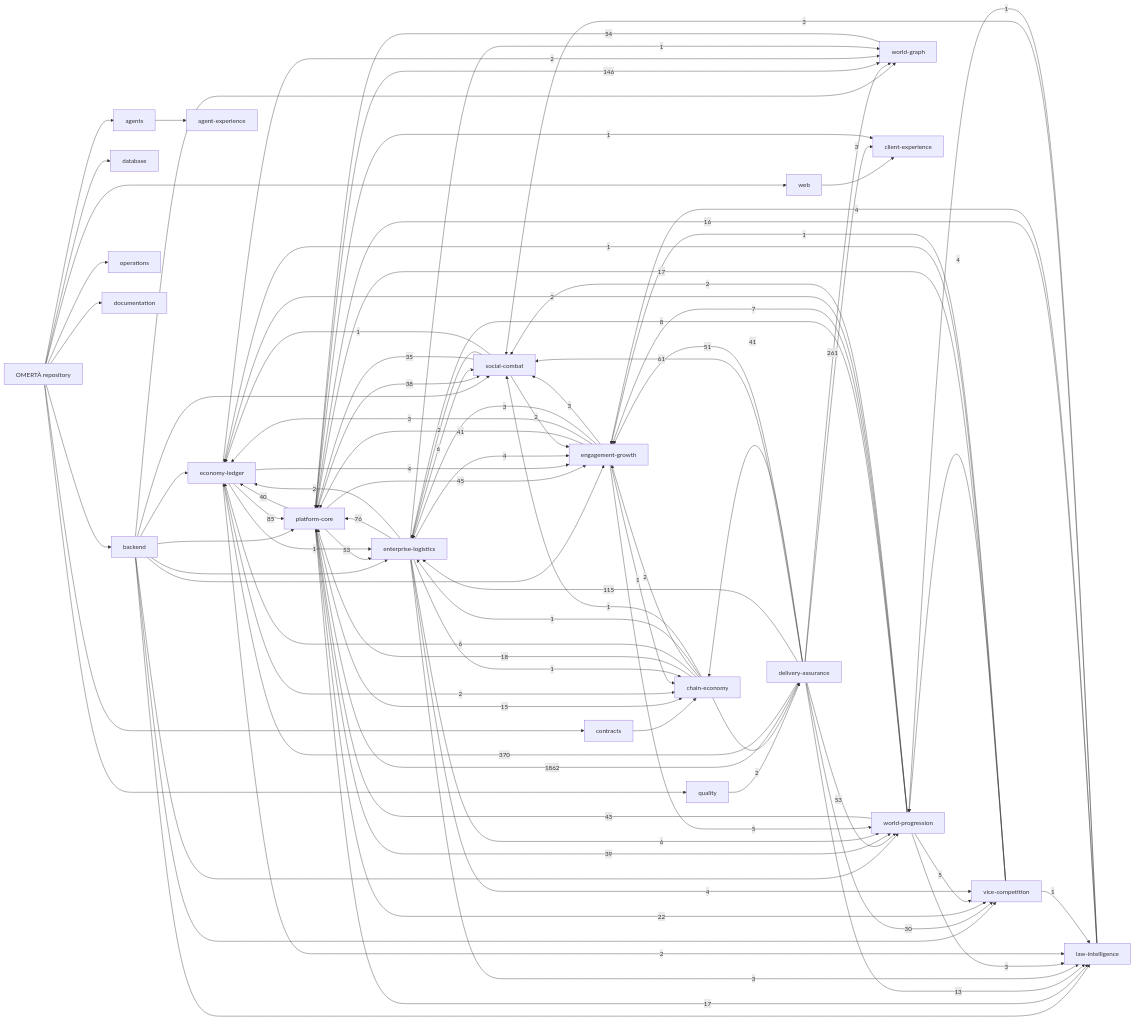
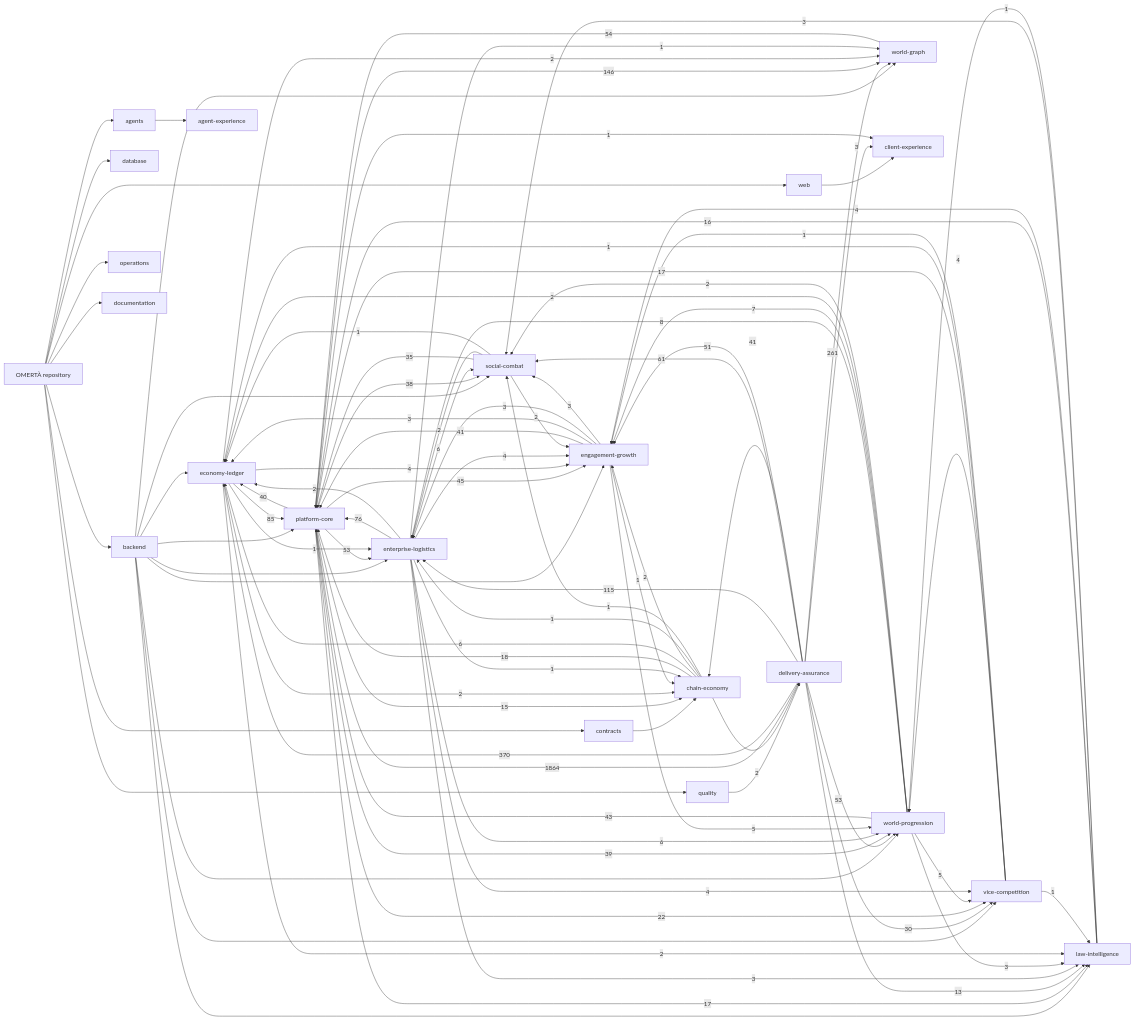
Before and after one commit to OmertaDev/Omerta: the diagram in knowledge/generated/graph.mmd, drawn with Mermaid. The commit also changed 5 other files, not shown here.

```diff
--- a/knowledge/generated/graph.mmd
+++ b/knowledge/generated/graph.mmd
@@ -1,113 +1,113 @@
 flowchart LR
   repo["OMERTÀ repository"]
   sub_backend["backend"]
   repo --> sub_backend
   sub_database["database"]
   repo --> sub_database
   sub_web["web"]
   repo --> sub_web
   sub_contracts["contracts"]
   repo --> sub_contracts
   sub_agents["agents"]
   repo --> sub_agents
   sub_quality["quality"]
   repo --> sub_quality
   sub_operations["operations"]
   repo --> sub_operations
   sub_documentation["documentation"]
   repo --> sub_documentation
   dom_platform-core["platform-core"]
   dom_economy-ledger["economy-ledger"]
   dom_social-combat["social-combat"]
   dom_world-progression["world-progression"]
   dom_world-graph["world-graph"]
   dom_enterprise-logistics["enterprise-logistics"]
   dom_vice-competition["vice-competition"]
   dom_law-intelligence["law-intelligence"]
   dom_chain-economy["chain-economy"]
   dom_engagement-growth["engagement-growth"]
   dom_client-experience["client-experience"]
   dom_agent-experience["agent-experience"]
   dom_delivery-assurance["delivery-assurance"]
   sub_agents --> dom_agent-experience
   sub_backend --> dom_economy-ledger
   sub_backend --> dom_engagement-growth
   sub_backend --> dom_enterprise-logistics
   sub_backend --> dom_law-intelligence
   sub_backend --> dom_platform-core
   sub_backend --> dom_social-combat
   sub_backend --> dom_vice-competition
   sub_backend --> dom_world-graph
   sub_backend --> dom_world-progression
   sub_contracts --> dom_chain-economy
   sub_quality --> dom_delivery-assurance
   sub_web --> dom_client-experience
-  dom_delivery-assurance -->|1862| dom_platform-core
+  dom_delivery-assurance -->|1864| dom_platform-core
   dom_delivery-assurance -->|370| dom_economy-ledger
   dom_delivery-assurance -->|261| dom_world-graph
   dom_platform-core -->|146| dom_world-graph
   dom_delivery-assurance -->|115| dom_enterprise-logistics
   dom_economy-ledger -->|85| dom_platform-core
   dom_enterprise-logistics -->|76| dom_platform-core
   dom_delivery-assurance -->|61| dom_social-combat
   dom_world-graph -->|54| dom_platform-core
   dom_delivery-assurance -->|53| dom_world-progression
   dom_platform-core -->|53| dom_enterprise-logistics
   dom_delivery-assurance -->|51| dom_engagement-growth
   dom_platform-core -->|45| dom_engagement-growth
   dom_world-progression -->|43| dom_platform-core
   dom_delivery-assurance -->|41| dom_chain-economy
   dom_engagement-growth -->|41| dom_platform-core
   dom_platform-core -->|40| dom_economy-ledger
   dom_platform-core -->|39| dom_world-progression
   dom_platform-core -->|38| dom_social-combat
   dom_social-combat -->|35| dom_platform-core
   dom_delivery-assurance -->|30| dom_vice-competition
   dom_platform-core -->|22| dom_vice-competition
   dom_chain-economy -->|18| dom_platform-core
   dom_platform-core -->|17| dom_law-intelligence
   dom_vice-competition -->|17| dom_platform-core
   dom_law-intelligence -->|16| dom_platform-core
   dom_platform-core -->|15| dom_chain-economy
   dom_delivery-assurance -->|13| dom_law-intelligence
   dom_world-progression -->|8| dom_enterprise-logistics
   dom_world-progression -->|7| dom_engagement-growth
   dom_chain-economy -->|6| dom_economy-ledger
   dom_enterprise-logistics -->|6| dom_social-combat
   dom_enterprise-logistics -->|6| dom_world-progression
   dom_engagement-growth -->|5| dom_world-progression
   dom_world-progression -->|5| dom_vice-competition
   dom_economy-ledger -->|4| dom_engagement-growth
   dom_enterprise-logistics -->|4| dom_engagement-growth
   dom_enterprise-logistics -->|4| dom_vice-competition
   dom_law-intelligence -->|4| dom_engagement-growth
   dom_vice-competition -->|4| dom_world-progression
   dom_delivery-assurance -->|3| dom_client-experience
   dom_engagement-growth -->|3| dom_economy-ledger
   dom_engagement-growth -->|3| dom_enterprise-logistics
   dom_engagement-growth -->|3| dom_social-combat
   dom_enterprise-logistics -->|3| dom_law-intelligence
   dom_law-intelligence -->|3| dom_social-combat
   dom_world-progression -->|3| dom_law-intelligence
   dom_chain-economy -->|2| dom_delivery-assurance
   dom_chain-economy -->|2| dom_engagement-growth
   dom_economy-ledger -->|2| dom_chain-economy
   dom_economy-ledger -->|2| dom_law-intelligence
   dom_economy-ledger -->|2| dom_world-graph
   dom_enterprise-logistics -->|2| dom_economy-ledger
   dom_social-combat -->|2| dom_engagement-growth
   dom_social-combat -->|2| dom_enterprise-logistics
   dom_world-progression -->|2| dom_economy-ledger
   dom_world-progression -->|2| dom_social-combat
   dom_chain-economy -->|1| dom_enterprise-logistics
   dom_chain-economy -->|1| dom_social-combat
   dom_economy-ledger -->|1| dom_enterprise-logistics
   dom_engagement-growth -->|1| dom_chain-economy
   dom_enterprise-logistics -->|1| dom_chain-economy
   dom_enterprise-logistics -->|1| dom_world-graph
   dom_law-intelligence -->|1| dom_world-progression
   dom_platform-core -->|1| dom_client-experience
   dom_social-combat -->|1| dom_economy-ledger
   dom_vice-competition -->|1| dom_economy-ledger
   dom_vice-competition -->|1| dom_engagement-growth
   dom_vice-competition -->|1| dom_law-intelligence
```
